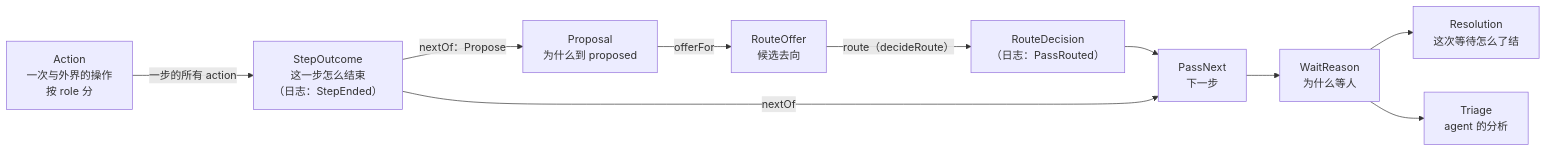
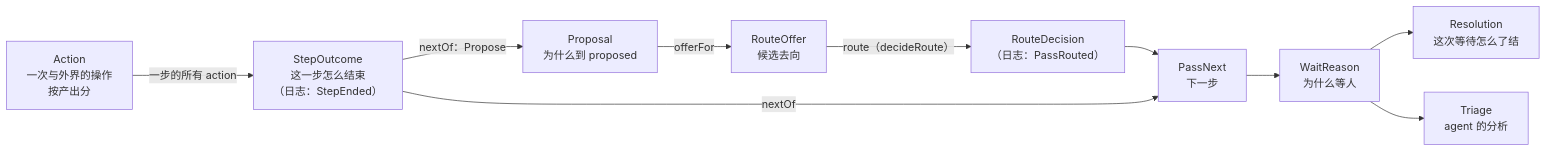
One commit to steven-zhc/lingtai changed the diagram in doc/design/types.zh.md. Above: the diagram before and after it, drawn with Mermaid. The commit also changed other lines of this file, not shown here.

First line of the commit message:
docs(design): an action says what it yields rather than playing a role, since role already names an agent's permissions, and Propose keeps its name

````diff
--- a/doc/design/types.zh.md
+++ b/doc/design/types.zh.md
@@ -18,12 +18,12 @@
 ```mermaid
 flowchart LR
-  X["Action<br/>一次与外界的操作<br/>按 role 分"] -->|"一步的所有 action"| A["StepOutcome<br/>这一步怎么结束<br/>（日志：StepEnded）"]
+  X["Action<br/>一次与外界的操作<br/>按产出分"] -->|"一步的所有 action"| A["StepOutcome<br/>这一步怎么结束<br/>（日志：StepEnded）"]
   A -->|"nextOf：Propose"| B["Proposal<br/>为什么到 proposed"]
   B -->|offerFor| O["RouteOffer<br/>候选去向"]
   O -->|"route（decideRoute）"| R["RouteDecision<br/>（日志：PassRouted）"]
   R --> D["PassNext<br/>下一步"]
   A -->|nextOf| D
   D --> E["WaitReason<br/>为什么等人"]
   E --> F["Resolution<br/>这次等待怎么了结"]
   E --> G["Triage<br/>agent 的分析"]
 ```
````
